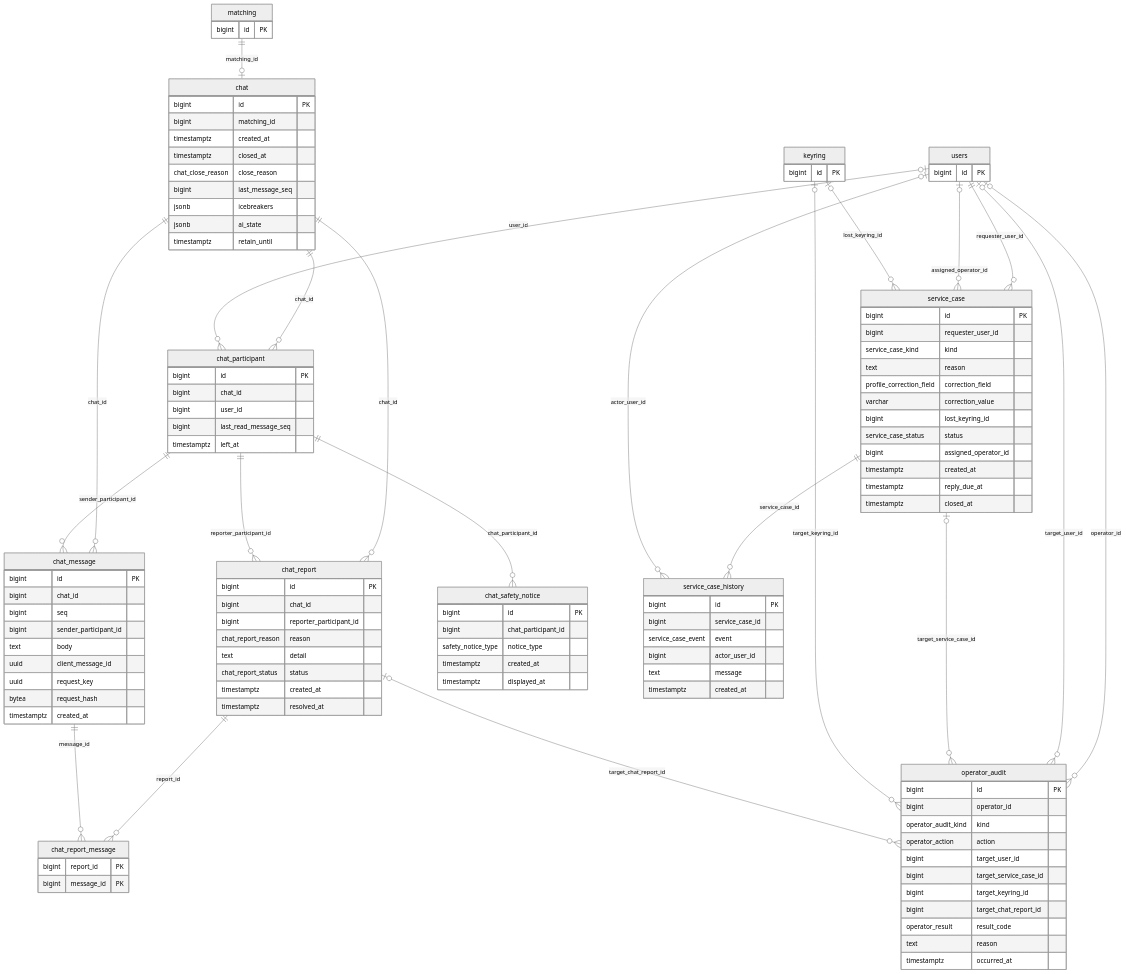
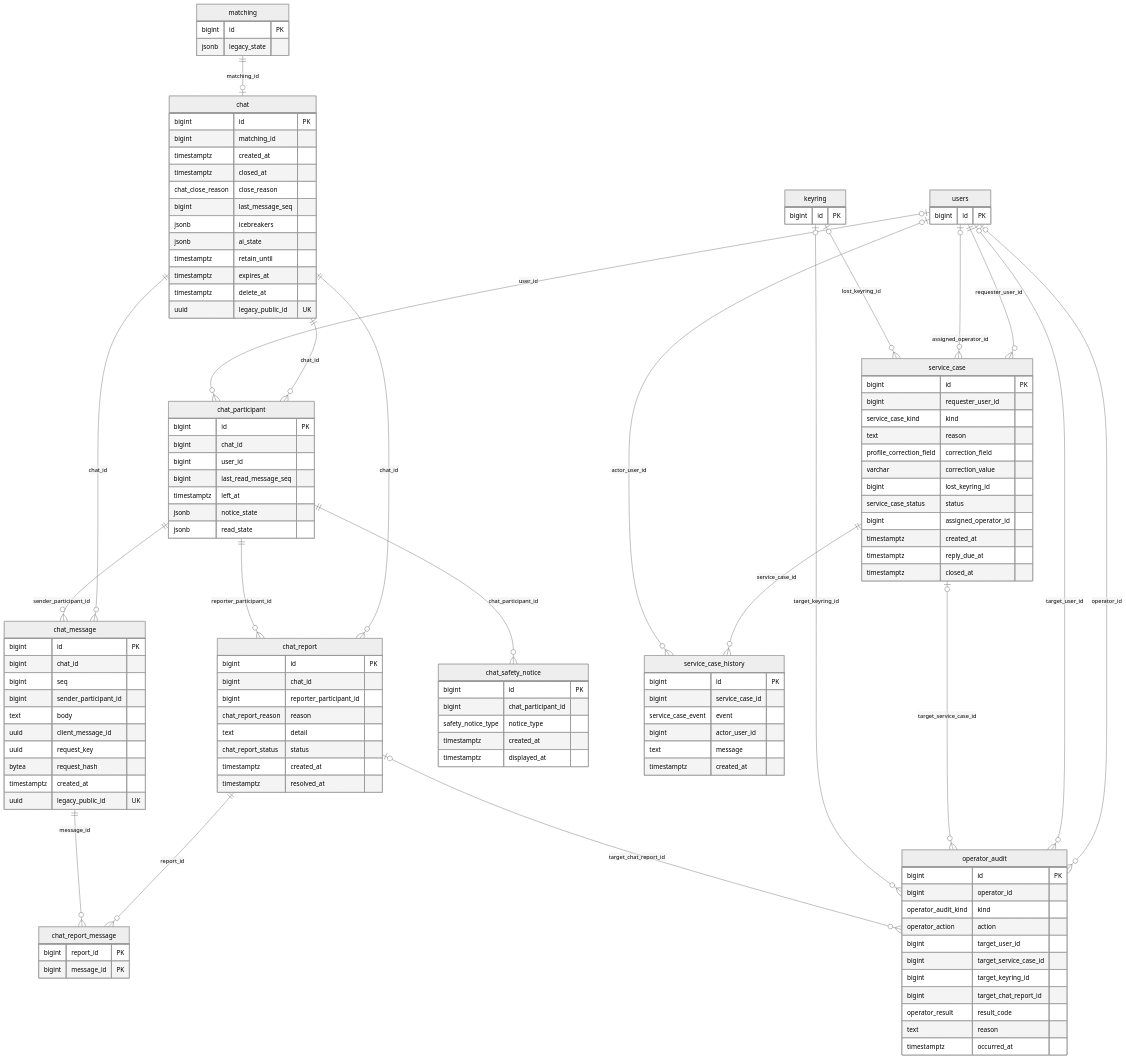
The diagram in docs/database/erd-4.mmd (j-moo/Tingle), drawn with Mermaid (neutral theme) before and after one commit. The commit also changed 151 other files, not shown here.

```diff
--- a/docs/database/erd-4.mmd
+++ b/docs/database/erd-4.mmd
@@ -1,116 +1,123 @@
 %% ERD21 design view; relationships are logical, not production FK proof.
 erDiagram
     chat {
         bigint id PK
         bigint matching_id
         timestamptz created_at
         timestamptz closed_at
         chat_close_reason close_reason
         bigint last_message_seq
         jsonb icebreakers
         jsonb ai_state
         timestamptz retain_until
+        timestamptz expires_at
+        timestamptz delete_at
+        uuid legacy_public_id UK
     }
     chat_participant {
         bigint id PK
         bigint chat_id
         bigint user_id
         bigint last_read_message_seq
         timestamptz left_at
+        jsonb notice_state
+        jsonb read_state
     }
     chat_message {
         bigint id PK
         bigint chat_id
         bigint seq
         bigint sender_participant_id
         text body
         uuid client_message_id
         uuid request_key
         bytea request_hash
         timestamptz created_at
+        uuid legacy_public_id UK
     }
     chat_report {
         bigint id PK
         bigint chat_id
         bigint reporter_participant_id
         chat_report_reason reason
         text detail
         chat_report_status status
         timestamptz created_at
         timestamptz resolved_at
     }
     chat_report_message {
         bigint report_id PK
         bigint message_id PK
     }
     chat_safety_notice {
         bigint id PK
         bigint chat_participant_id
         safety_notice_type notice_type
         timestamptz created_at
         timestamptz displayed_at
     }
     operator_audit {
         bigint id PK
         bigint operator_id
         operator_audit_kind kind
         operator_action action
         bigint target_user_id
         bigint target_service_case_id
         bigint target_keyring_id
         bigint target_chat_report_id
         operator_result result_code
         text reason
         timestamptz occurred_at
     }
     service_case {
         bigint id PK
         bigint requester_user_id
         service_case_kind kind
         text reason
         profile_correction_field correction_field
         varchar correction_value
         bigint lost_keyring_id
         service_case_status status
         bigint assigned_operator_id
         timestamptz created_at
         timestamptz reply_due_at
         timestamptz closed_at
     }
     service_case_history {
         bigint id PK
         bigint service_case_id
         service_case_event event
         bigint actor_user_id
         text message
         timestamptz created_at
     }
     keyring {
         bigint id PK
     }
     matching {
         bigint id PK
+        jsonb legacy_state
     }
     users {
         bigint id PK
     }
     users o|--o{ operator_audit : "operator_id"
     chat ||--o{ chat_message : "chat_id"
     chat_participant ||--o{ chat_message : "sender_participant_id"
     matching ||--o| chat : "matching_id"
     users ||--o{ service_case : "requester_user_id"
     users o|--o{ service_case : "assigned_operator_id"
     chat ||--o{ chat_participant : "chat_id"
     users o|--o{ chat_participant : "user_id"
     chat ||--o{ chat_report : "chat_id"
     chat_participant ||--o{ chat_report : "reporter_participant_id"
     chat_report ||--o{ chat_report_message : "report_id"
     chat_message ||--o{ chat_report_message : "message_id"
     chat_participant ||--o{ chat_safety_notice : "chat_participant_id"
     keyring o|--o{ service_case : "lost_keyring_id"
     service_case ||--o{ service_case_history : "service_case_id"
     users o|--o{ service_case_history : "actor_user_id"
     users o|--o{ operator_audit : "target_user_id"
     service_case o|--o{ operator_audit : "target_service_case_id"
     keyring o|--o{ operator_audit : "target_keyring_id"
     chat_report o|--o{ operator_audit : "target_chat_report_id"
```
